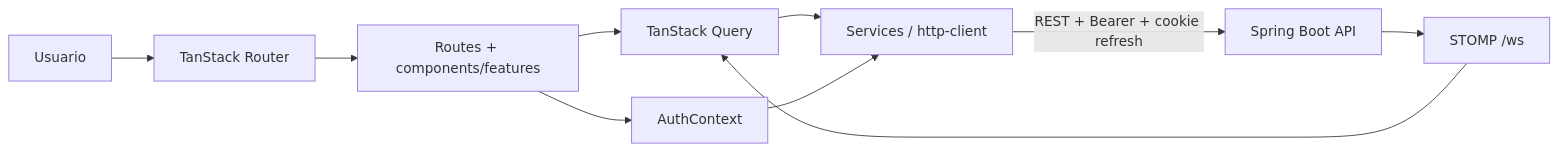
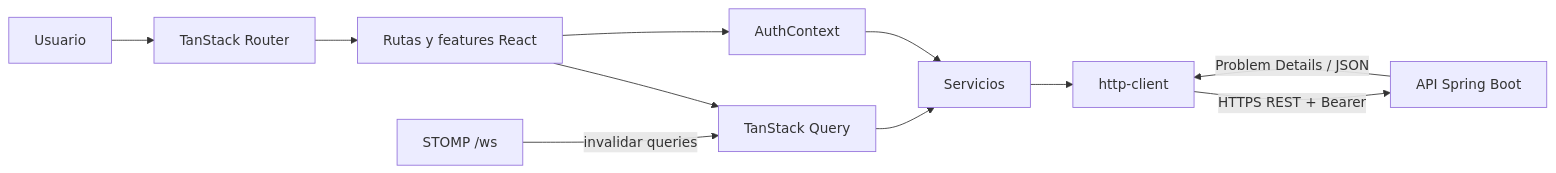
Before and after one commit to lisudea/technical-test-2026-2: the first of 2 diagrams in README.md, drawn with Mermaid. The commit also changed other lines of this file and 8 other files, not shown here.

````diff
--- a/README.md
+++ b/README.md
@@ -61,12 +100,13 @@
 ```mermaid
 flowchart LR
   U[Usuario] --> R[TanStack Router]
-  R --> V[Routes + components/features]
+  R --> V[Rutas y features React]
   V --> Q[TanStack Query]
   V --> A[AuthContext]
-  Q --> S[Services / http-client]
+  Q --> S[Servicios]
   A --> S
-  S -->|REST + Bearer + cookie refresh| B[Spring Boot API]
-  W[STOMP /ws] --> Q
-  B --> W
+  S --> H[http-client]
+  H -->|HTTPS REST + Bearer| B[API Spring Boot]
+  B -->|Problem Details / JSON| H
+  W[STOMP /ws] -->|invalidar queries| Q
 ```
````
